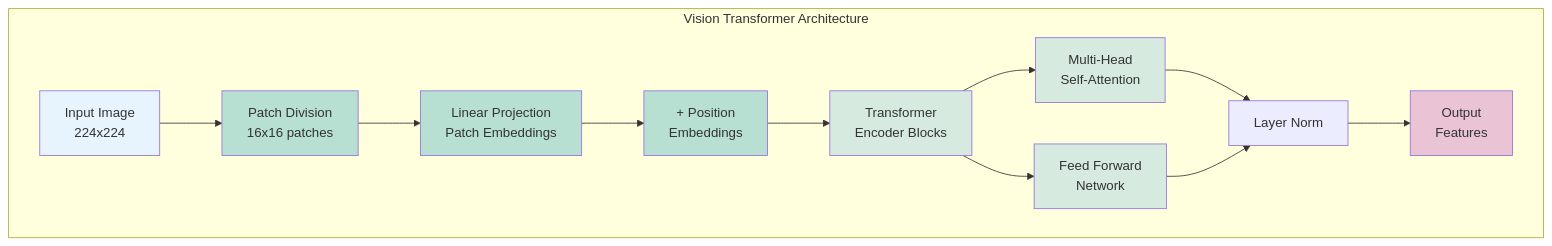
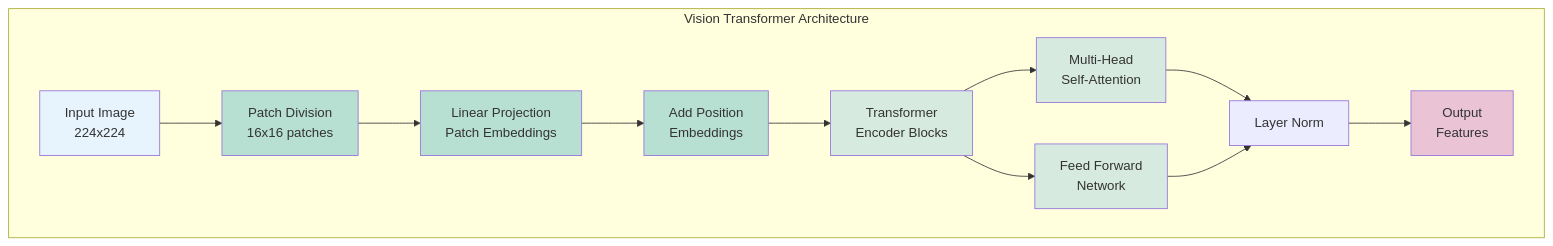
Before and after one commit to tmnestor/unified_vision_processor_minimal: the first of 6 diagrams in presentation_materials/mermaid_diagrams.md, drawn with Mermaid. The commit also changed 1 other file, not shown here.

Commit message:
fix: correct wording in diagram connections for clarity

````diff
--- a/presentation_materials/mermaid_diagrams.md
+++ b/presentation_materials/mermaid_diagrams.md
@@ -7,23 +7,23 @@
 ```mermaid
 graph TB
     subgraph "Vision Transformer Architecture"
         A[Input Image<br/>224x224] --> B[Patch Division<br/>16x16 patches]
         B --> C[Linear Projection<br/>Patch Embeddings]
-        C --> D[+ Position<br/>Embeddings]
+        C --> D[Add Position<br/>Embeddings]
         D --> E[Transformer<br/>Encoder Blocks]
         E --> F[Multi-Head<br/>Self-Attention]
         E --> G[Feed Forward<br/>Network]
         F --> H[Layer Norm]
         G --> H
         H --> I[Output<br/>Features]
     end
     
     style A fill:#e8f4fd
     style B fill:#b8e0d2
     style C fill:#b8e0d2
     style D fill:#b8e0d2
     style E fill:#d6eadf
     style F fill:#d6eadf
     style G fill:#d6eadf
     style I fill:#eac4d5
 ```
````
